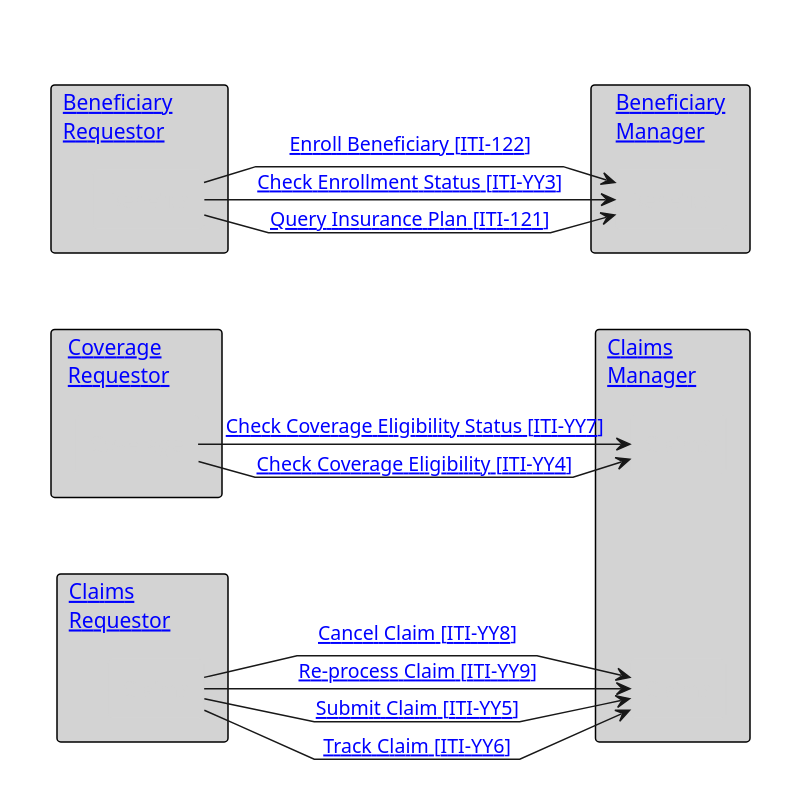
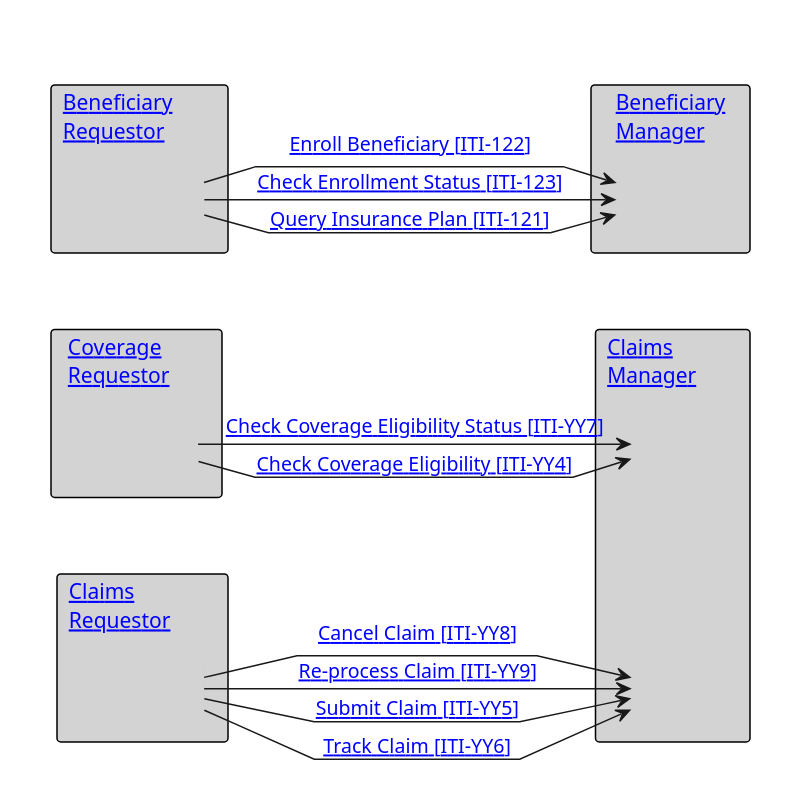
One commit to IHE/ITI.Finance changed the diagram in input/images-source/ActorsAndTransactions.plantuml. Above: the diagram before and after it, drawn with PlantUML. The commit also changed 14 other files, not shown here.

```diff
--- a/input/images-source/ActorsAndTransactions.plantuml
+++ b/input/images-source/ActorsAndTransactions.plantuml
@@ -1,59 +1,59 @@
 @startuml
 skinparam package {
   BorderColor transparent
   BackgroundColor transparent
   Shadowing false
 }
 skinparam rectangle {
   BorderColor black
   BackgroundColor lightgrey
   Shadowing false
   FontStyle normal
 }
 skinparam agent {
   BorderColor lightgrey
   BackgroundColor lightgrey
   FontColor lightgrey
   Shadowing false
 }
 
 hide footbox
 'skinparam svgDimensionStyle false
 skinparam linetype polyline
 package "  "  {
   rectangle "[[#beneficiary-requestor Beneficiary        \nRequestor]]" as br {
     agent "Benefits" as BenReq
   }
   rectangle "[[#coverage-requestor Coverage        \nRequestor]]" as cr {
     agent "Coverage" as CovReq
   }
   rectangle "[[#claims-requestor Claims               \nRequestor]]" as cl {
     agent "Claims" as ClaimReq
   }
 }
 
 package " "  {
   rectangle "[[#beneficiary-manager Beneficiary\nManager]]" as Ben {
     agent "Benefits" as BenMan
   }
   rectangle "[[#claims-manager Claims            \nManager]]" as ClaimMan {
     agent "Claims" as ClaimMan1
     agent "Claims" as ClaimMan2
   }
 }
 BenReq -> BenMan : "[[ITI-121.html Query Insurance Plan &#91;ITI-121&#93;]]"
 BenReq -> BenMan : "[[ITI-122.html Enroll Beneficiary &#91;ITI-122&#93;]]"
-BenReq -> BenMan : "[[ITI-YY3.html Check Enrollment Status &#91;ITI-YY3&#93;]]"
+BenReq -> BenMan : "[[ITI-123.html Check Enrollment Status &#91;ITI-123&#93;]]"
 BenReq -[hidden]-> CovReq: ""
 CovReq -[hidden]-> ClaimReq: ""
 BenMan -[hidden]-> ClaimMan1: ""
 ClaimMan1 -[hidden]-> ClaimMan2: ""
 CovReq -> ClaimMan1 : "[[ITI-YY4.html Check Coverage Eligibility &#91;ITI-YY4&#93;]]"
 CovReq -> ClaimMan1 : "[[ITI-YY7.html Check Coverage Eligibility Status &#91;ITI-YY7&#93;]]"
 ClaimReq -> ClaimMan2 : "[[ITI-YY5.html Submit Claim &#91;ITI-YY5&#93;]]"
 ClaimReq -> ClaimMan2 : "[[ITI-YY8.html Cancel Claim &#91;ITI-YY8&#93;]]"
 ClaimReq -> ClaimMan2 : "[[ITI-YY9.html Re-process Claim &#91;ITI-YY9&#93;]]"
 ClaimReq -> ClaimMan2 : "[[ITI-YY6.html Track Claim &#91;ITI-YY6&#93;]]"
 
 
 @endum
```
